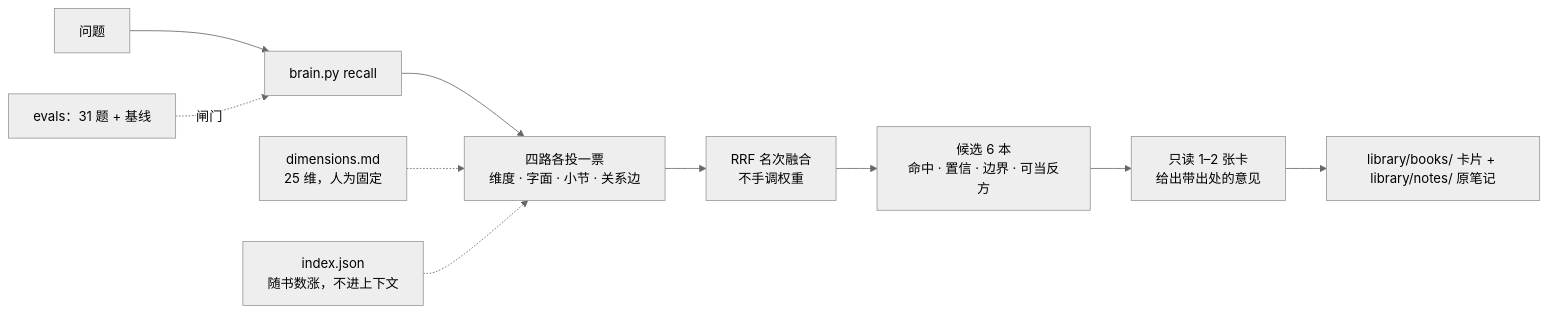
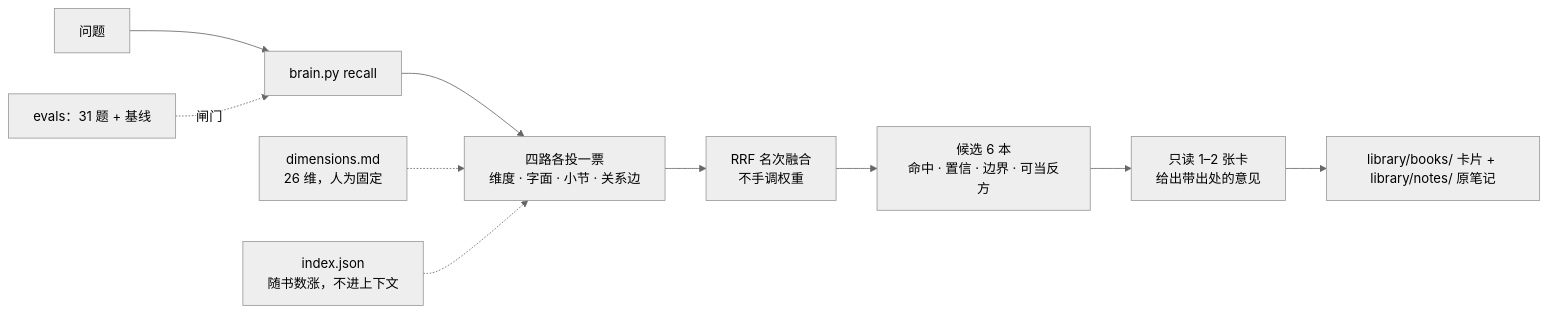
Before and after one commit to Ewen2015/reading-pkm: the diagram in README.md, drawn with Mermaid (neutral theme). The commit also changed other lines of this file and 2 other files, not shown here.

````diff
--- a/README.md
+++ b/README.md
@@ -129,12 +129,12 @@
 ```mermaid
 flowchart LR
     Q["问题"] --> R["brain.py recall"]
     R --> ARMS["四路各投一票<br/>维度 · 字面 · 小节 · 关系边"]
     ARMS --> RRF["RRF 名次融合<br/>不手调权重"]
     RRF --> C["候选 6 本<br/>命中 · 置信 · 边界 · 可当反方"]
     C --> ANS["只读 1–2 张卡<br/>给出带出处的意见"]
-    DIMS["dimensions.md<br/>25 维，人为固定"] -.-> ARMS
+    DIMS["dimensions.md<br/>26 维，人为固定"] -.-> ARMS
     IDX["index.json<br/>随书数涨，不进上下文"] -.-> ARMS
     EV["evals：31 题 + 基线"] -.闸门.-> R
     ANS --> SB["library/books/ 卡片 + library/notes/ 原笔记"]
 ```
````
